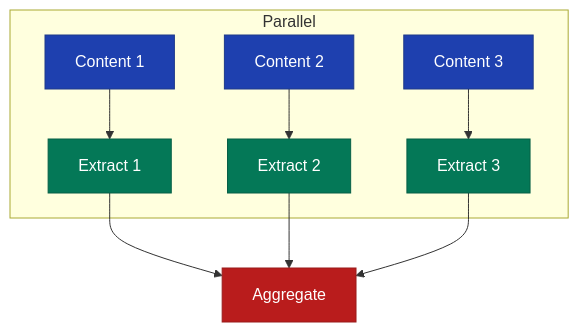
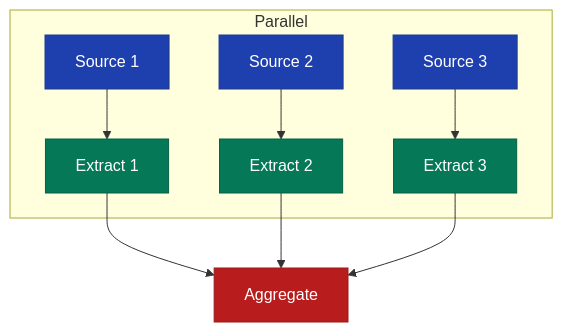
One commit to MadBomber/fact_db changed the second of 2 diagrams in docs/api/pipeline/extraction.md. Above: the diagram before and after it, drawn with Mermaid. The commit also changed other lines of this file and 45 other files, not shown here.

````diff
--- a/docs/api/pipeline/extraction.md
+++ b/docs/api/pipeline/extraction.md
@@ -89,19 +89,19 @@
 ```mermaid
 graph TB
     subgraph Parallel
-        A1[Content 1] --> E1[Extract 1]
-        A2[Content 2] --> E2[Extract 2]
-        A3[Content 3] --> E3[Extract 3]
+        A1[Source 1] --> E1[Extract 1]
+        A2[Source 2] --> E2[Extract 2]
+        A3[Source 3] --> E3[Extract 3]
     end
     E1 --> Aggregate
     E2 --> Aggregate
     E3 --> Aggregate
 
     style A1 fill:#1E40AF,stroke:#1E3A8A,color:#FFFFFF
     style A2 fill:#1E40AF,stroke:#1E3A8A,color:#FFFFFF
     style A3 fill:#1E40AF,stroke:#1E3A8A,color:#FFFFFF
     style E1 fill:#047857,stroke:#065F46,color:#FFFFFF
     style E2 fill:#047857,stroke:#065F46,color:#FFFFFF
     style E3 fill:#047857,stroke:#065F46,color:#FFFFFF
     style Aggregate fill:#B91C1C,stroke:#991B1B,color:#FFFFFF
 ```
````
